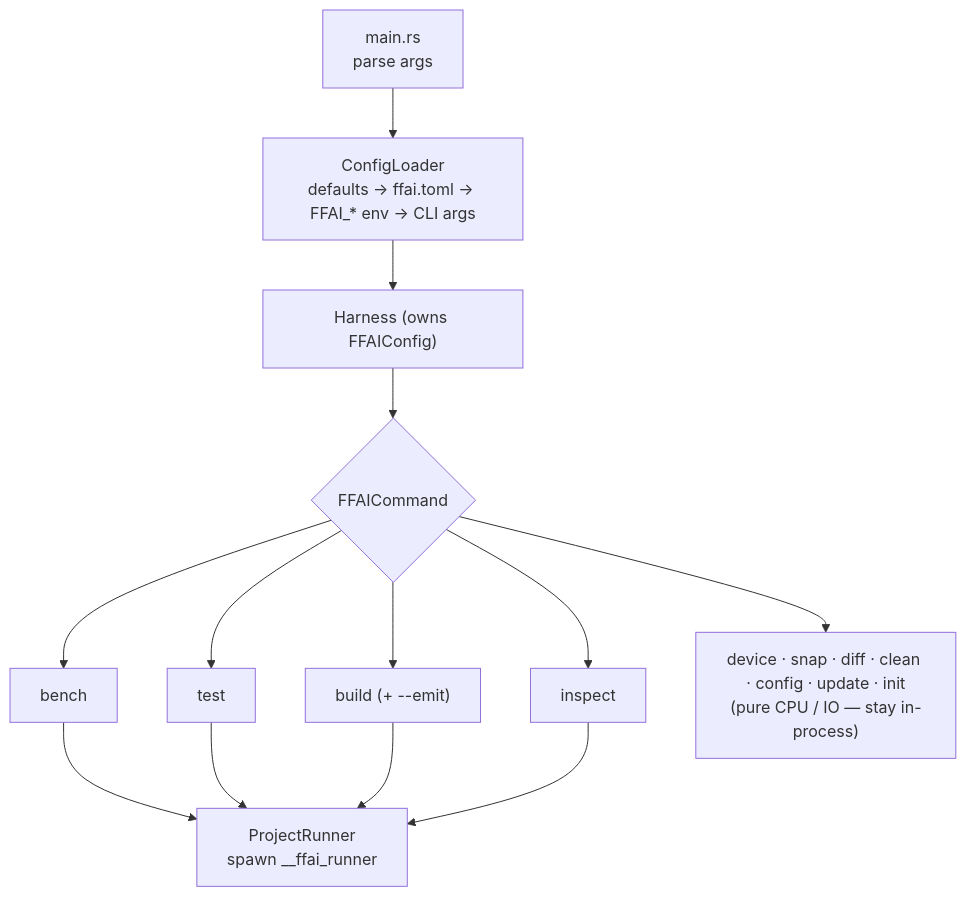
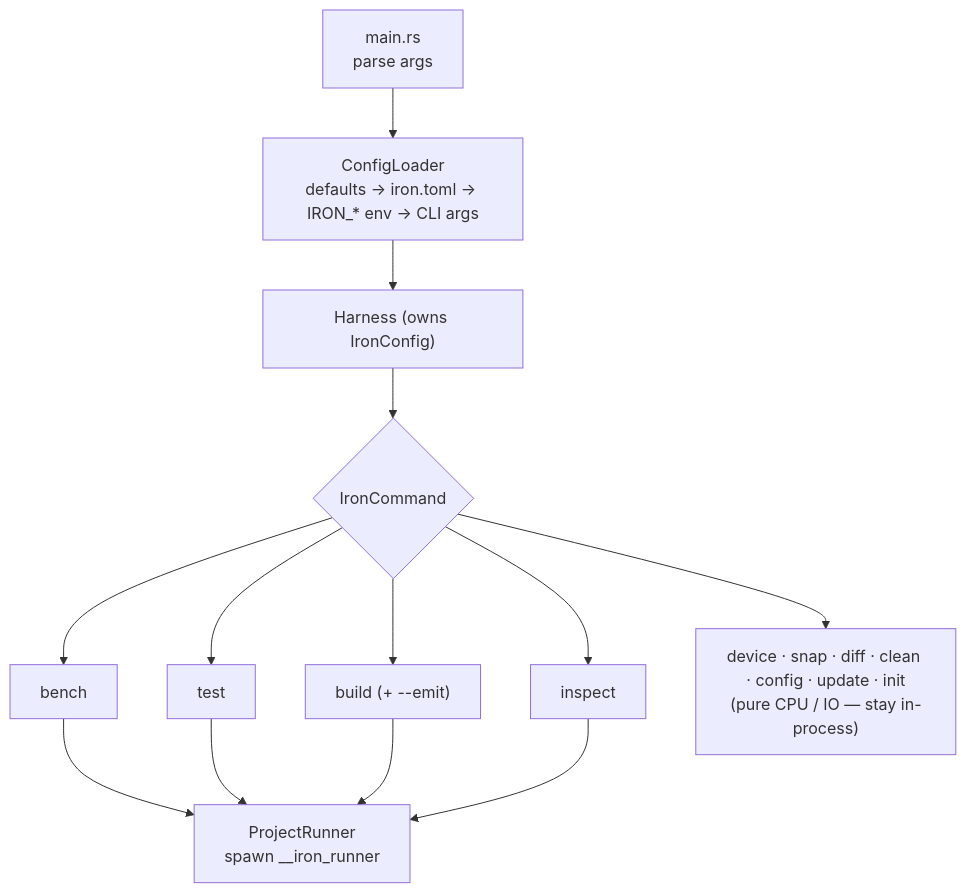
The third of 6 diagrams in docs/specs/ARCHITECTURE.md (giveen/iron), drawn with Mermaid before and after one commit. The commit also changed other lines of this file and 1096 other files, not shown here.

````diff
--- a/docs/specs/ARCHITECTURE.md
+++ b/docs/specs/ARCHITECTURE.md
@@ -93,15 +93,15 @@
 ```mermaid
 flowchart TD
-    main["main.rs<br/>parse args"] --> cfg["ConfigLoader<br/>defaults → ffai.toml → FFAI_* env → CLI args"]
-    cfg --> harness["Harness (owns FFAIConfig)"]
-    harness --> cmd{FFAICommand}
+    main["main.rs<br/>parse args"] --> cfg["ConfigLoader<br/>defaults → iron.toml → IRON_* env → CLI args"]
+    cfg --> harness["Harness (owns IronConfig)"]
+    harness --> cmd{IronCommand}
     cmd --> bench["bench"]
     cmd --> test["test"]
     cmd --> build["build (+ --emit)"]
     cmd --> inspect["inspect"]
     cmd --> other["device · snap · diff · clean · config · update · init<br/>(pure CPU / IO — stay in-process)"]
-    bench --> pr["ProjectRunner<br/>spawn __ffai_runner"]
+    bench --> pr["ProjectRunner<br/>spawn __iron_runner"]
     test --> pr
     build --> pr
     inspect --> pr
 ```
````
